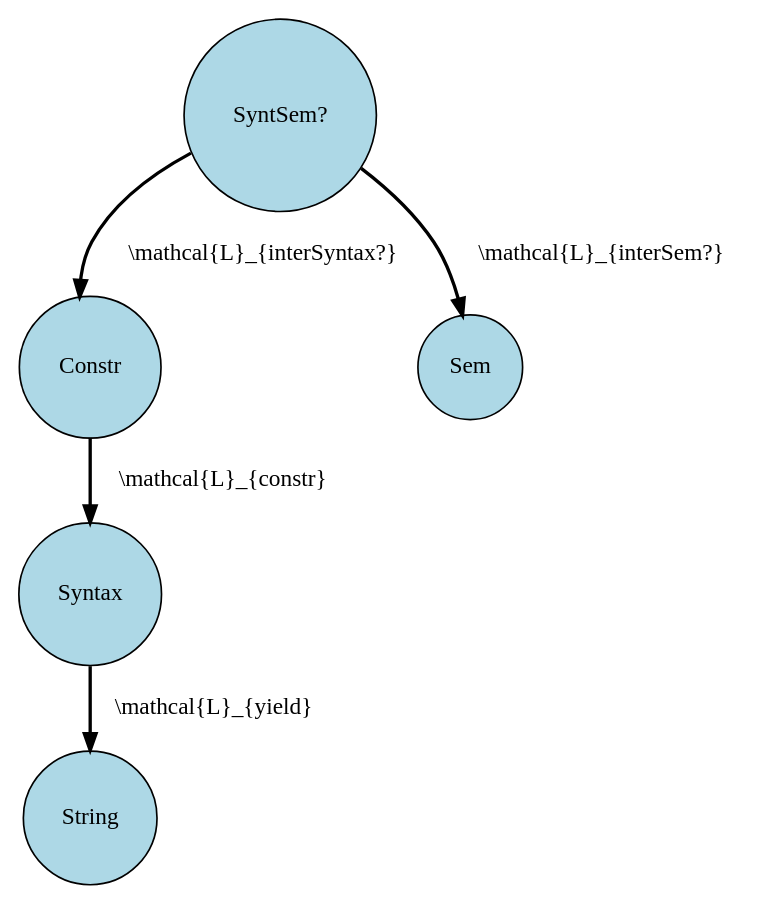
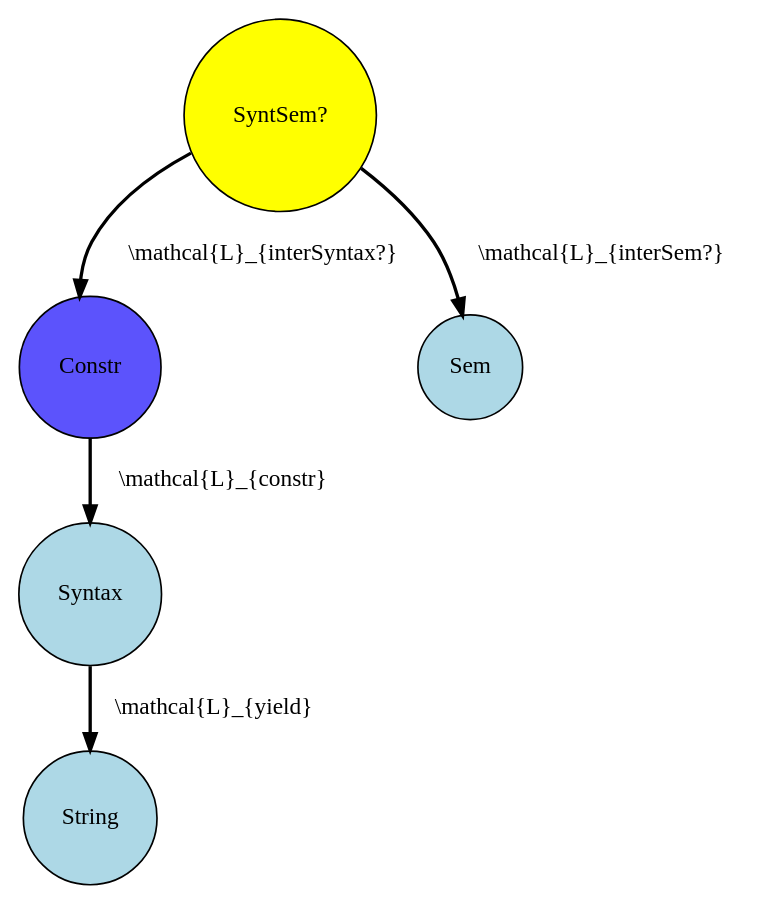
Before and after one commit to jirkamarsik/master-thesis: the diagram in diagrams/fail1.dot, drawn with Graphviz. The commit also changed 13 other files, not shown here.

```diff
--- a/diagrams/fail1.dot
+++ b/diagrams/fail1.dot
@@ -1,8 +1,10 @@
 strict digraph "fail1" {
   node [shape="circle",style="filled",fillcolor="lightblue"]
   edge [style="bold"]
+  "SyntSem?" [fillcolor="yellow"]
+  "Constr" [fillcolor="#5C53FC"]
   "SyntSem?" -> "Constr" [label="\\mathcal{L}_{interSyntax?}"]
   "Constr" -> "Syntax" [label="\\mathcal{L}_{constr}"]
   "Syntax" -> "String" [label="\\mathcal{L}_{yield}"]
   "SyntSem?" -> "Sem" [label="\\mathcal{L}_{interSem?}"]
 }
```
